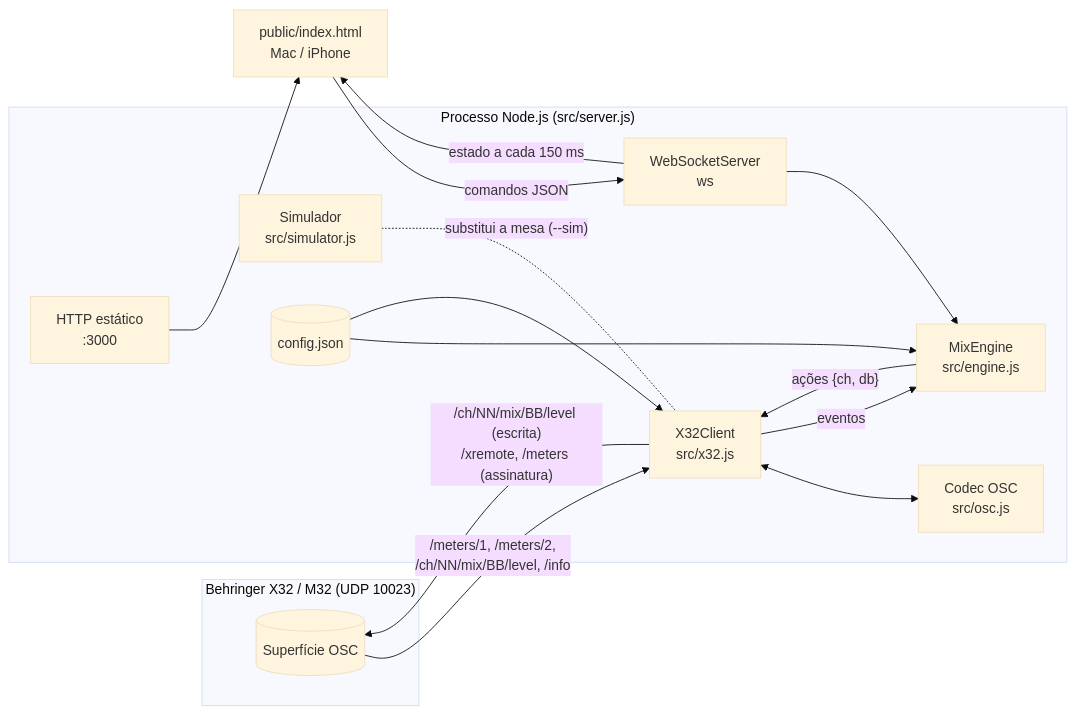
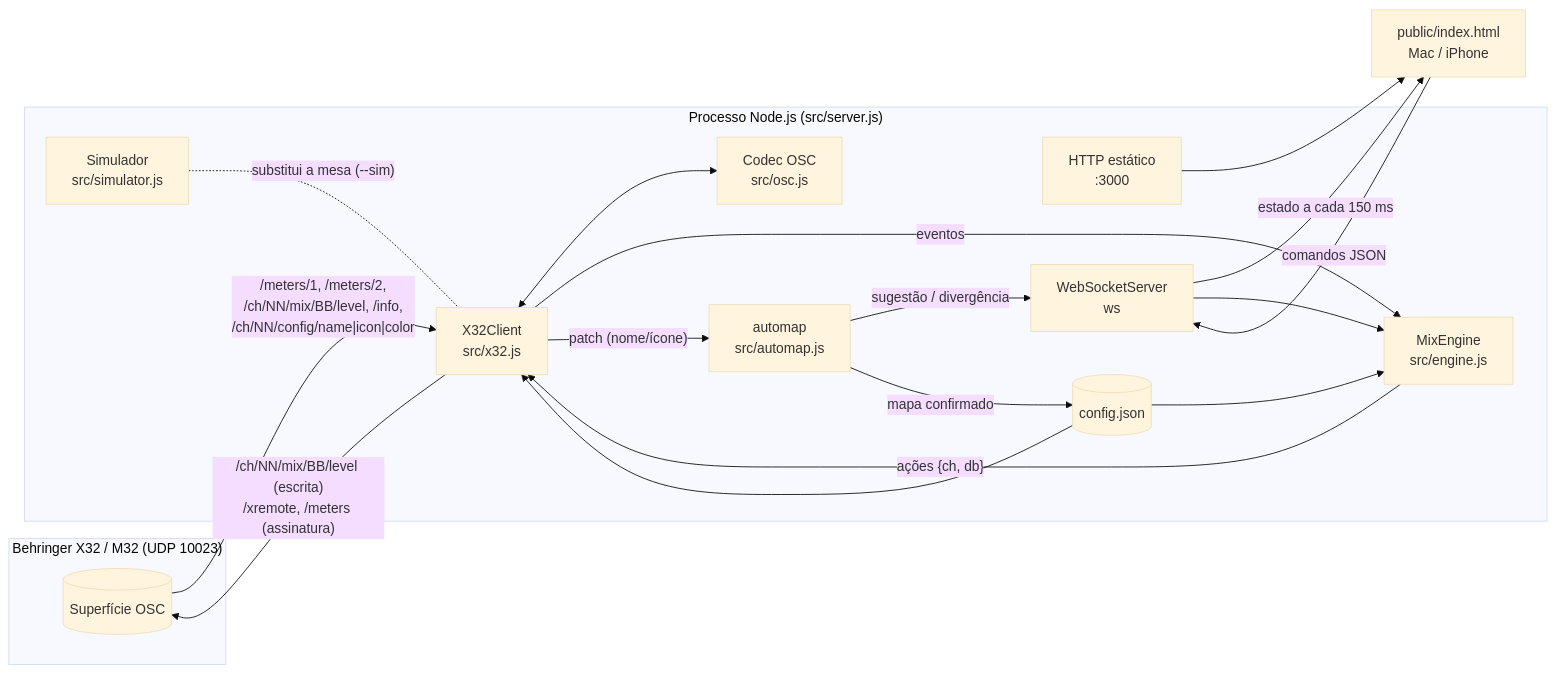
One commit to gutoglup/mixTree changed the first of 6 diagrams in docs/ARQUITETURA.md. Above: the diagram before and after it, drawn with Mermaid (base theme). The commit also changed other lines of this file and 15 other files, not shown here.

````diff
--- a/docs/ARQUITETURA.md
+++ b/docs/ARQUITETURA.md
@@ -7,31 +7,35 @@
 ```mermaid
 flowchart LR
   subgraph Mesa["Behringer X32 / M32 (UDP 10023)"]
     OSC[(Superfície OSC)]
   end
 
   subgraph Node["Processo Node.js (src/server.js)"]
     X32[X32Client<br/>src/x32.js]
     CODEC[Codec OSC<br/>src/osc.js]
     ENG[MixEngine<br/>src/engine.js]
+    MAP[automap<br/>src/automap.js]
     HTTP[HTTP estático<br/>:3000]
     WS[WebSocketServer<br/>ws]
     SIM[Simulador<br/>src/simulator.js]
     CFG[(config.json)]
   end
 
   UI[public/index.html<br/>Mac / iPhone]
 
-  OSC -- "/meters/1, /meters/2,<br/>/ch/NN/mix/BB/level, /info" --> X32
+  OSC -- "/meters/1, /meters/2,<br/>/ch/NN/mix/BB/level, /info,<br/>/ch/NN/config/name|icon|color" --> X32
   X32 -- "/ch/NN/mix/BB/level (escrita)<br/>/xremote, /meters (assinatura)" --> OSC
   X32 <--> CODEC
   X32 -- eventos --> ENG
   ENG -- ações {ch, db} --> X32
   SIM -. "substitui a mesa (--sim)" .- X32
   CFG --> ENG
+  X32 -- "patch (nome/ícone)" --> MAP
+  MAP -- "sugestão / divergência" --> WS
+  MAP -- "mapa confirmado" --> CFG
   CFG --> X32
   HTTP --> UI
   WS -- "estado a cada 150 ms" --> UI
   UI -- "comandos JSON" --> WS
   WS --> ENG
 ```
````
